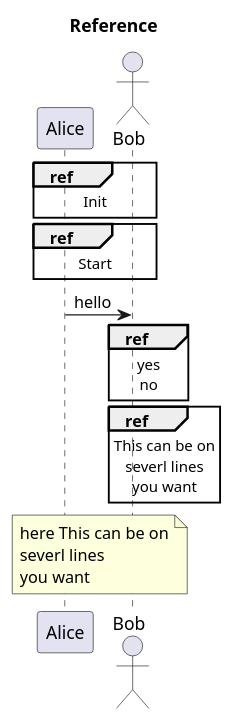
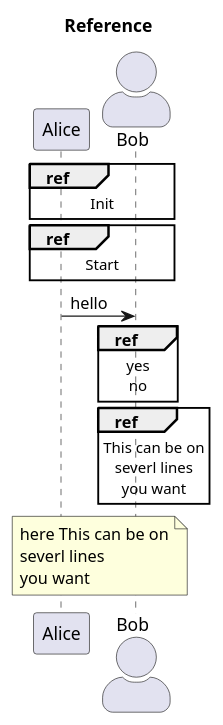
One commit to yasenstar/PlantUML_in_Action changed the diagram in 01_sequence_diagram/01.21-01.30/01_21.puml. Above: the diagram before and after it, drawn with PlantUML. The commit also changed 7 other files, not shown here.

```diff
--- a/01_sequence_diagram/01.21-01.30/01_21.puml
+++ b/01_sequence_diagram/01.21-01.30/01_21.puml
@@ -1,28 +1,30 @@
 @startuml
+
+skinparam actorStyle awesome
 
 title Reference
 
 participant Alice
 actor Bob
 
 ref over Alice, Bob : Init
 
 ref over Bob, Alice : Start
 
 Alice -> Bob: hello
 
 ref over Bob : yes\nno
 
 ref over Bob
     This can be on
     severl lines
     you want
 end ref
 
 note across
     here This can be on
     severl lines
     you want
 end note
 
 @enduml
```
